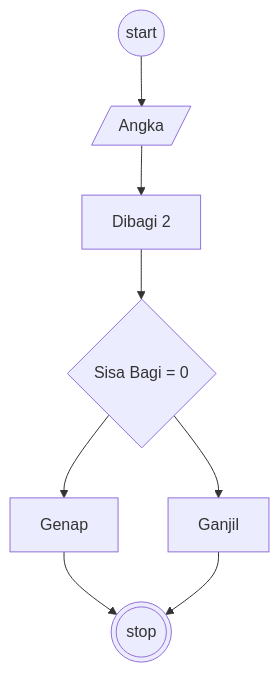
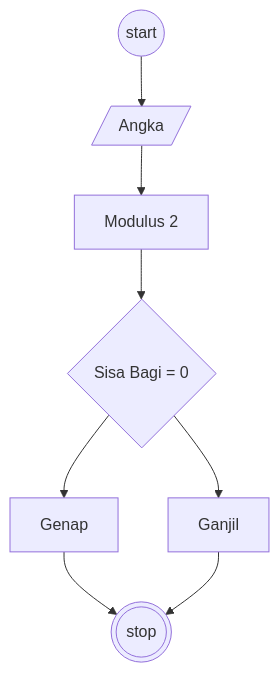
The diagram in koda-b1-deskriptif-algoritm-bilangan.md (dev-Flone/koda-b1-algoritm), drawn with Mermaid before and after one commit.

Commit message:
flowchart (fix)

````diff
--- a/koda-b1-deskriptif-algoritm-bilangan.md
+++ b/koda-b1-deskriptif-algoritm-bilangan.md
@@ -12,8 +12,8 @@
 ``` mermaid
 flowchart TD
-    start((start)) --> angka[/Angka/]--> id1[Dibagi 2] --> Decision{Sisa Bagi = 0} --> Yes[Genap]
+    start((start)) --> angka[/Angka/]--> modulus[Modulus 2] --> Decision{Sisa Bagi = 0} --> Yes[Genap]
     Decision --> No[Ganjil]
     Yes --> stop(((stop)))
     No --> stop
     
 ```
````
